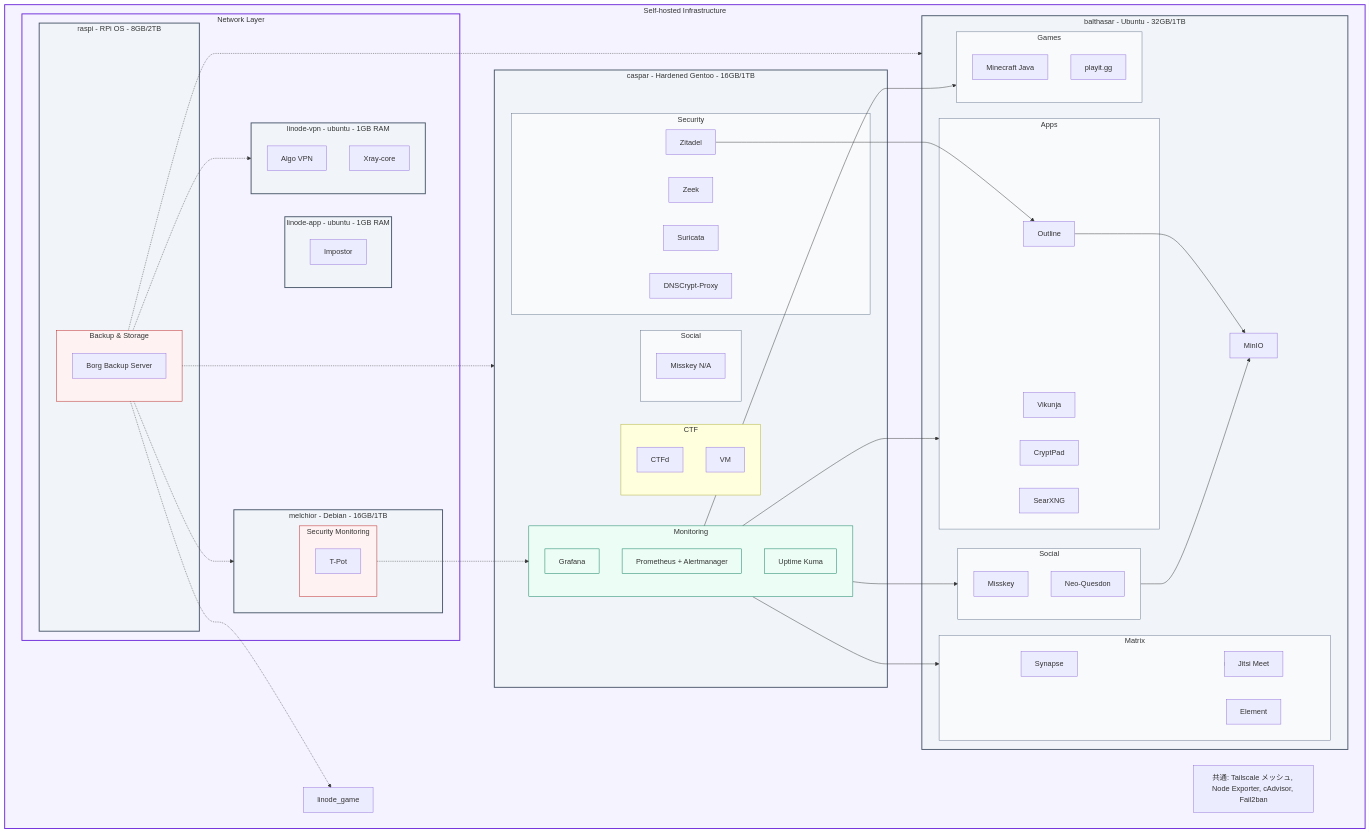
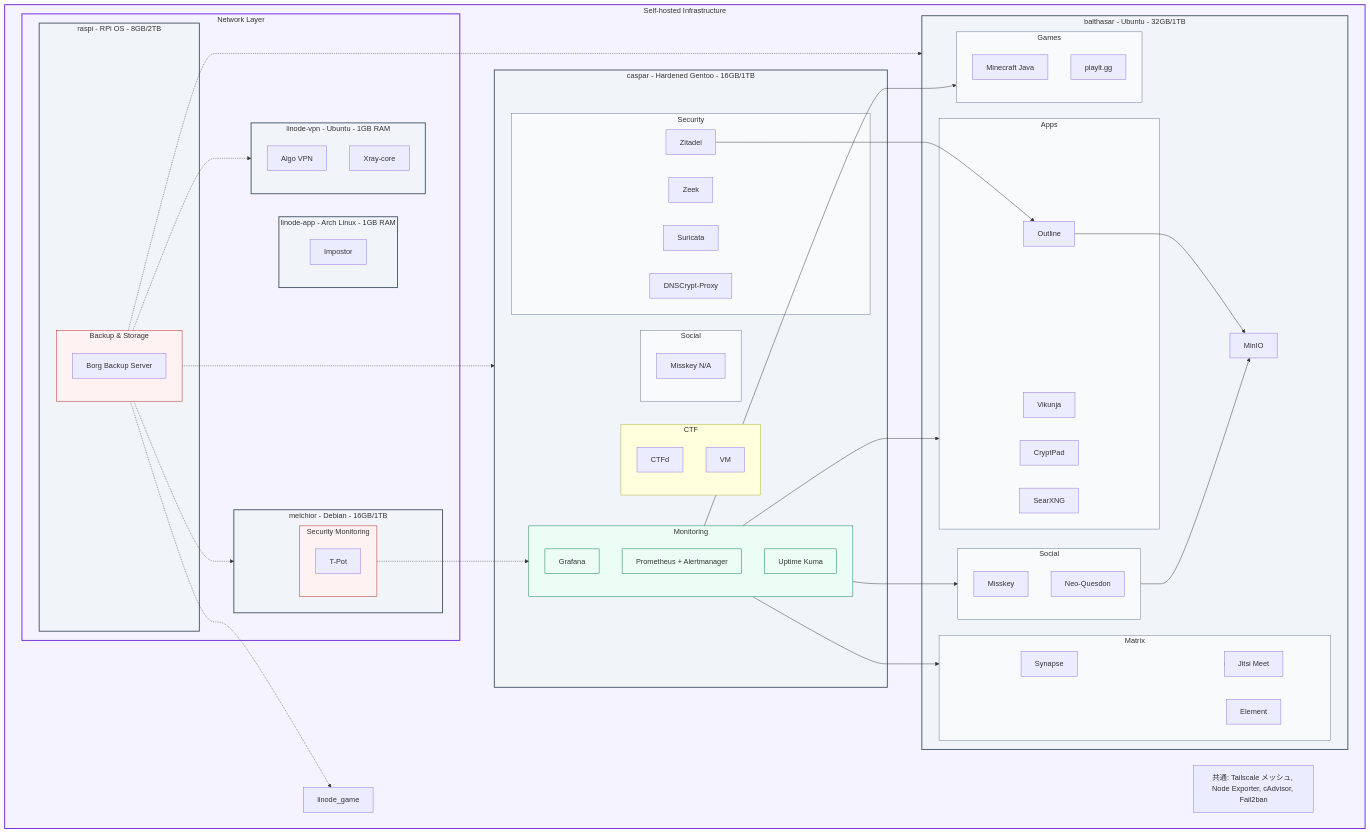
The diagram in README.md (yamisskey-dev/hosted-list), drawn with Mermaid before and after one commit.

```diff
--- a/README.md
+++ b/README.md
@@ -11,12 +11,12 @@
 
 subgraph tailscale[Self-hosted Infrastructure]
     subgraph network_layer[Network Layer]
-        subgraph linode_vpn["linode-vpn - ubuntu - 1GB RAM"]
+        subgraph linode_vpn["linode-vpn - Ubuntu - 1GB RAM"]
             algo[Algo VPN]
             xray[Xray-core]
         end
         
-        subgraph linode_app["linode-app - ubuntu - 1GB RAM"]
+        subgraph linode_app["linode-app - Arch Linux - 1GB RAM"]
             impostor[Impostor]
         end
         
```
